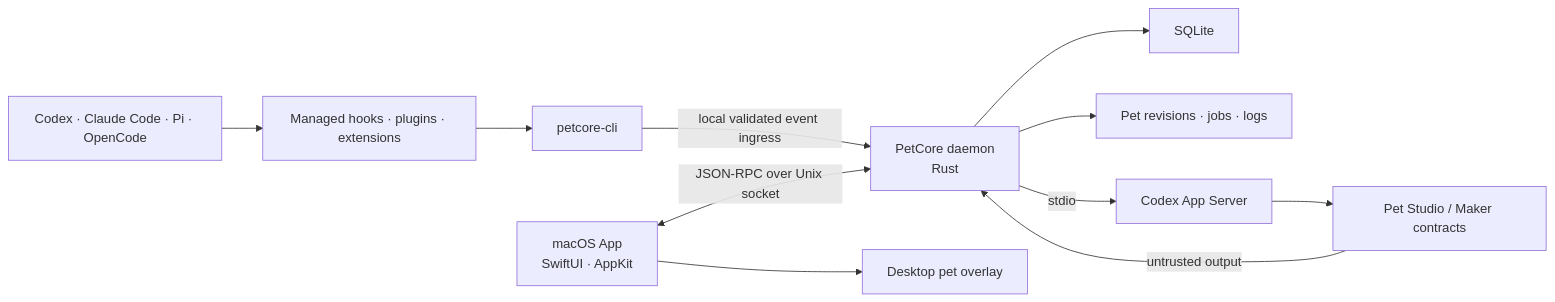
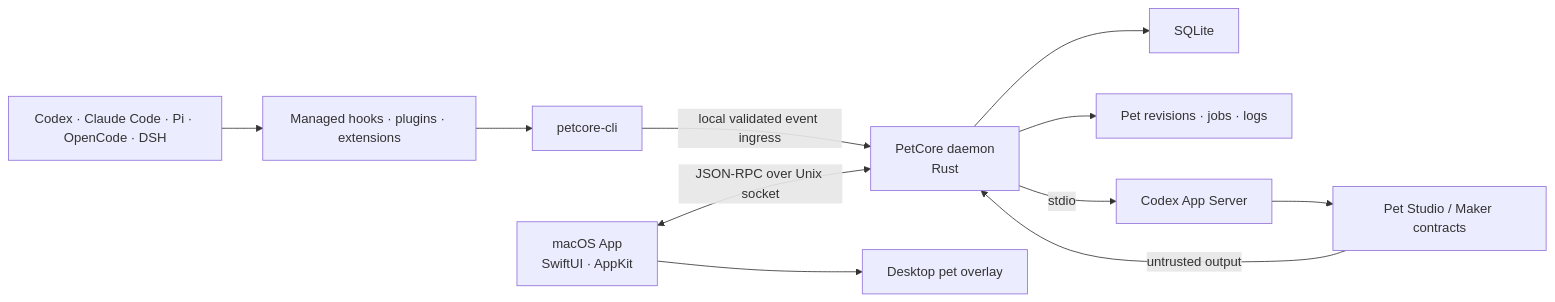
Before and after one commit to xjxtree/agent-pet-companion: the first of 2 diagrams in docs/architecture/overview.md, drawn with Mermaid. The commit also changed 44 other files, not shown here.

````diff
--- a/docs/architecture/overview.md
+++ b/docs/architecture/overview.md
@@ -7,13 +7,13 @@
 ```mermaid
 flowchart LR
-    Hosts["Codex · Claude Code · Pi · OpenCode"] --> Adapters["Managed hooks · plugins · extensions"]
+    Hosts["Codex · Claude Code · Pi · OpenCode · DSH"] --> Adapters["Managed hooks · plugins · extensions"]
     Adapters --> CLI["petcore-cli"]
     CLI -->|"local validated event ingress"| Core["PetCore daemon<br/>Rust"]
     App["macOS App<br/>SwiftUI · AppKit"] <-->|"JSON-RPC over Unix socket"| Core
     App --> Overlay["Desktop pet overlay"]
     Core --> DB["SQLite"]
     Core --> Files["Pet revisions · jobs · logs"]
     Core -->|"stdio"| Server["Codex App Server"]
     Server --> Skills["Pet Studio / Maker contracts"]
     Skills -->|"untrusted output"| Core
 ```
````
